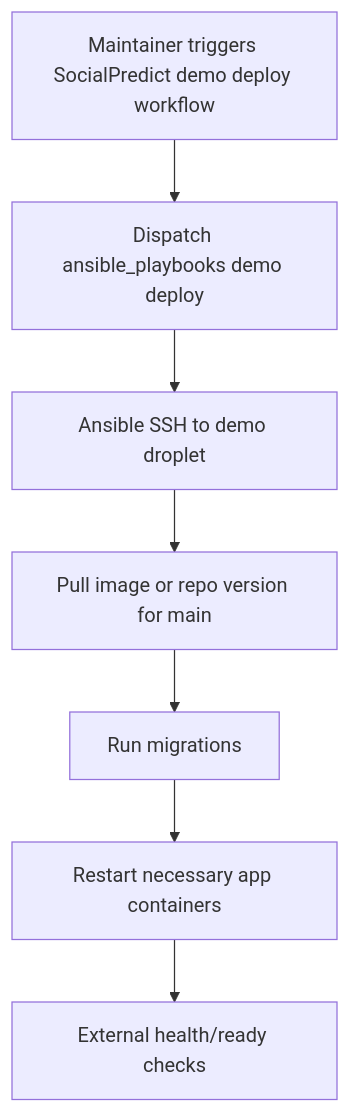
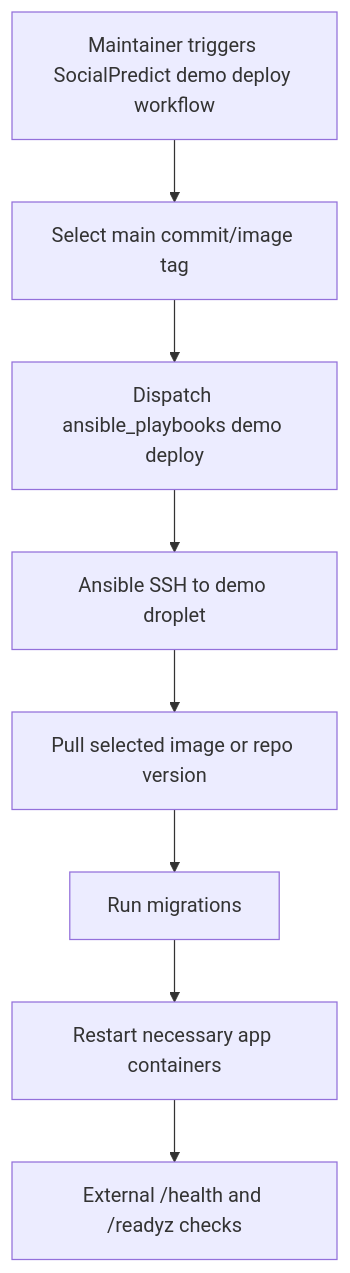
The first of 2 diagrams in README/PRODUCTION-NOTES/FEATURES/02/DESIGN.md (openpredictionmarkets/socialpredict), drawn with Mermaid before and after one commit. The commit also changed other lines of this file and 2 other files, not shown here.

Commit message:
docs: clarify resettable demo design decisions

````diff
--- a/README/PRODUCTION-NOTES/FEATURES/02/DESIGN.md
+++ b/README/PRODUCTION-NOTES/FEATURES/02/DESIGN.md
@@ -148,9 +187,10 @@
 ```mermaid
 flowchart TD
-    Maintainer["Maintainer triggers SocialPredict demo deploy workflow"] --> Dispatch["Dispatch ansible_playbooks demo deploy"]
+    Maintainer["Maintainer triggers SocialPredict demo deploy workflow"] --> Version["Select main commit/image tag"]
+    Version --> Dispatch["Dispatch ansible_playbooks demo deploy"]
     Dispatch --> SSH["Ansible SSH to demo droplet"]
-    SSH --> Pull["Pull image or repo version for main"]
+    SSH --> Pull["Pull selected image or repo version"]
     Pull --> Migrate["Run migrations"]
     Migrate --> Restart["Restart necessary app containers"]
-    Restart --> Verify["External health/ready checks"]
+    Restart --> Verify["External /health and /readyz checks"]
 ```
````
